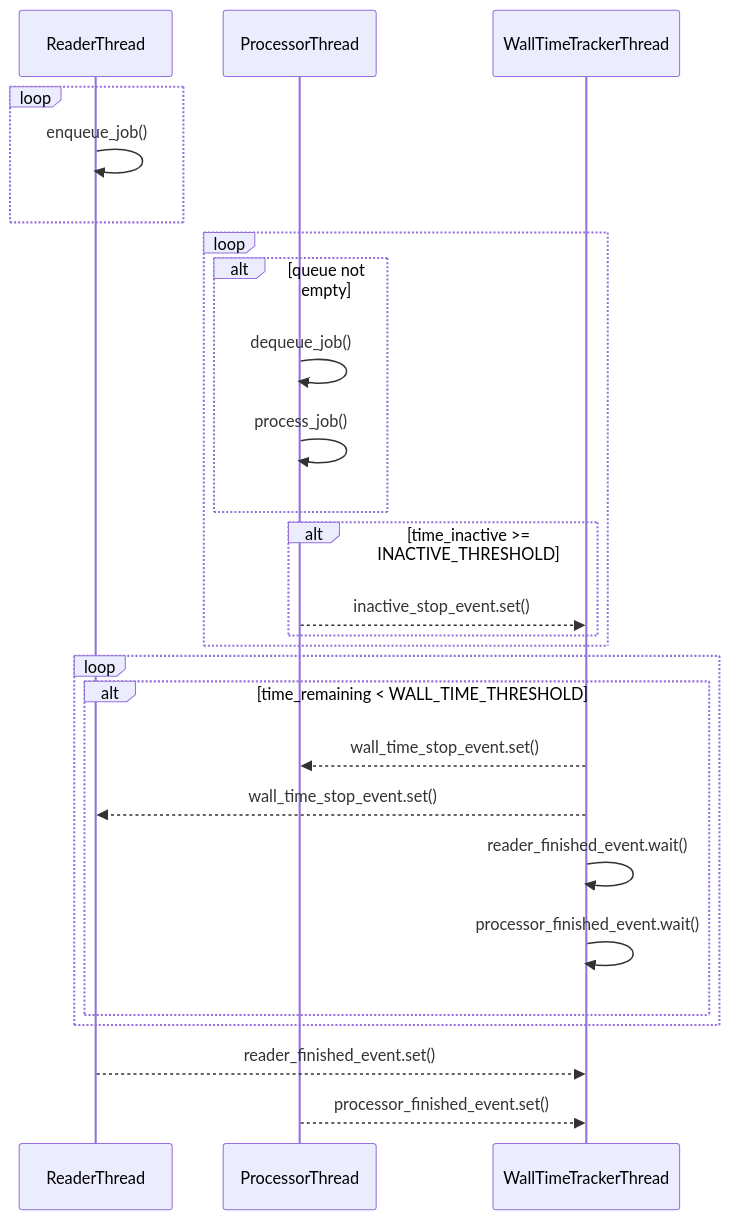
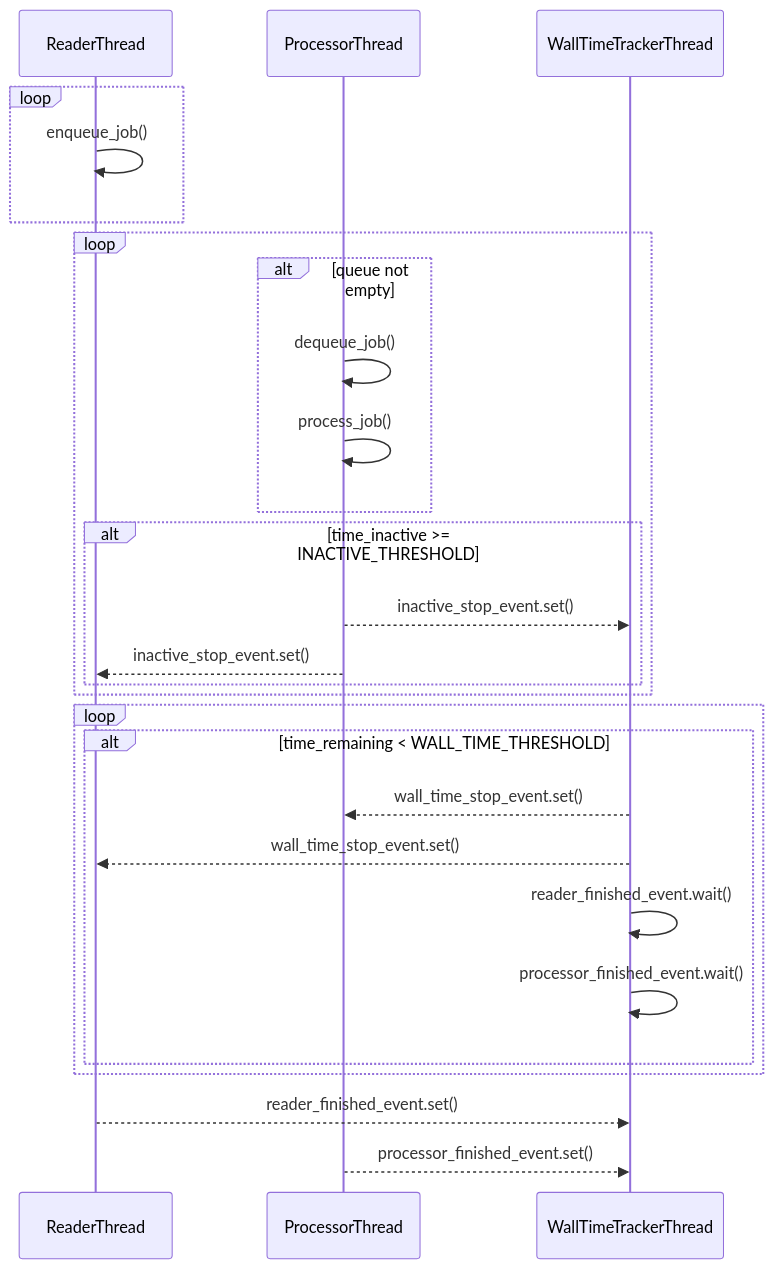
The diagram in docs/sequences/tgi.md (Luka958Pixion/math-rag), drawn with Mermaid before and after one commit. The commit also changed 29 other files, not shown here.

````diff
--- a/docs/sequences/tgi.md
+++ b/docs/sequences/tgi.md
@@ -1,32 +1,33 @@
 ```mermaid
 sequenceDiagram
     participant ReaderThread
     participant ProcessorThread
     participant WallTimeTrackerThread
 
     loop
         ReaderThread->>ReaderThread: enqueue_job()
     end
 
     loop
         alt queue not empty
             ProcessorThread->>ProcessorThread: dequeue_job()
             ProcessorThread->>ProcessorThread: process_job()
         end
         alt time_inactive >= INACTIVE_THRESHOLD
             ProcessorThread-->>WallTimeTrackerThread: inactive_stop_event.set()
+            ProcessorThread-->>ReaderThread: inactive_stop_event.set()
         end
     end
 
     loop
         alt time_remaining < WALL_TIME_THRESHOLD
             WallTimeTrackerThread-->>ProcessorThread: wall_time_stop_event.set()
             WallTimeTrackerThread-->>ReaderThread: wall_time_stop_event.set()
             WallTimeTrackerThread->>WallTimeTrackerThread: reader_finished_event.wait()
             WallTimeTrackerThread->>WallTimeTrackerThread: processor_finished_event.wait()
         end
     end
 
     ReaderThread-->>WallTimeTrackerThread: reader_finished_event.set()
     ProcessorThread-->>WallTimeTrackerThread: processor_finished_event.set()
 ```
````
